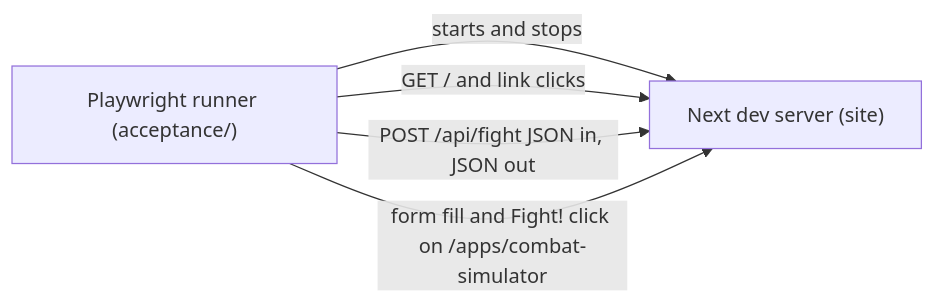
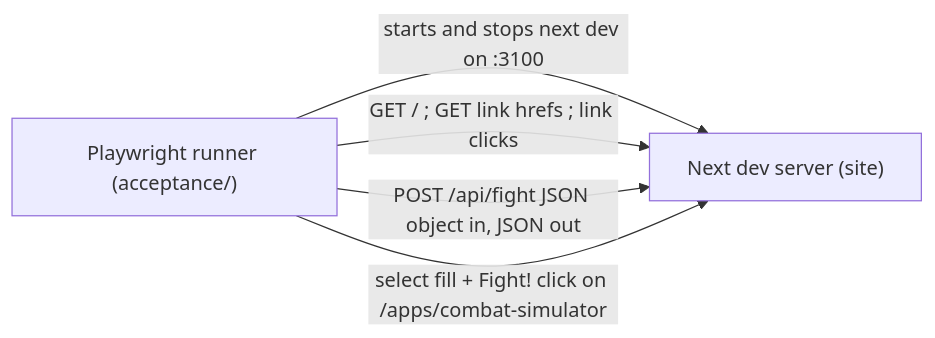
Before and after one commit to NicholasKChoi/WOTR_Combat_Simulator: the diagram in projects/strategy-game-sim/tickets/SGS-002-playwright-acceptance-harness.md, drawn with Mermaid. The commit also changed other lines of this file and 13 other files, not shown here.

````diff
--- a/projects/strategy-game-sim/tickets/SGS-002-playwright-acceptance-harness.md
+++ b/projects/strategy-game-sim/tickets/SGS-002-playwright-acceptance-harness.md
@@ -56,7 +99,7 @@
 ```mermaid
 flowchart LR
-  runner["Playwright runner (acceptance/)"] -->|"starts and stops"| web["Next dev server (site)"]
-  runner -->|"GET / and link clicks"| web
-  runner -->|"POST /api/fight JSON in, JSON out"| web
-  runner -->|"form fill and Fight! click on /apps/combat-simulator"| web
+  runner["Playwright runner (acceptance/)"] -->|"starts and stops next dev on :3100"| web["Next dev server (site)"]
+  runner -->|"GET / ; GET link hrefs ; link clicks"| web
+  runner -->|"POST /api/fight JSON object in, JSON out"| web
+  runner -->|"select fill + Fight! click on /apps/combat-simulator"| web
 ```
````
